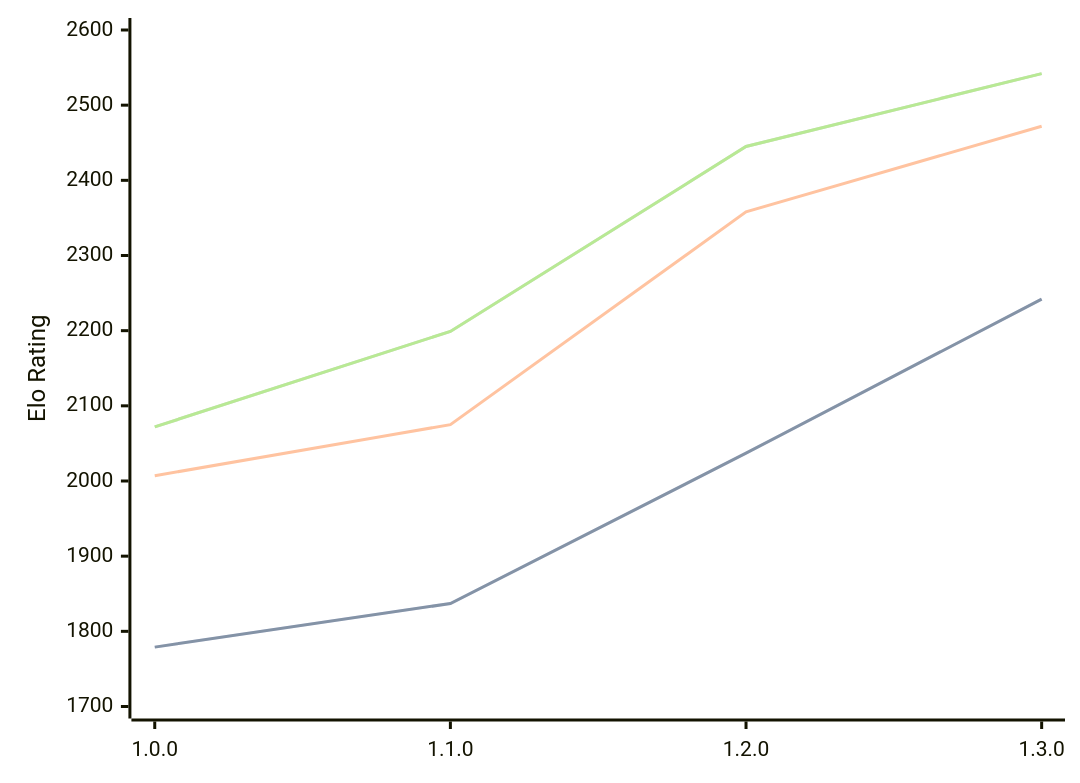
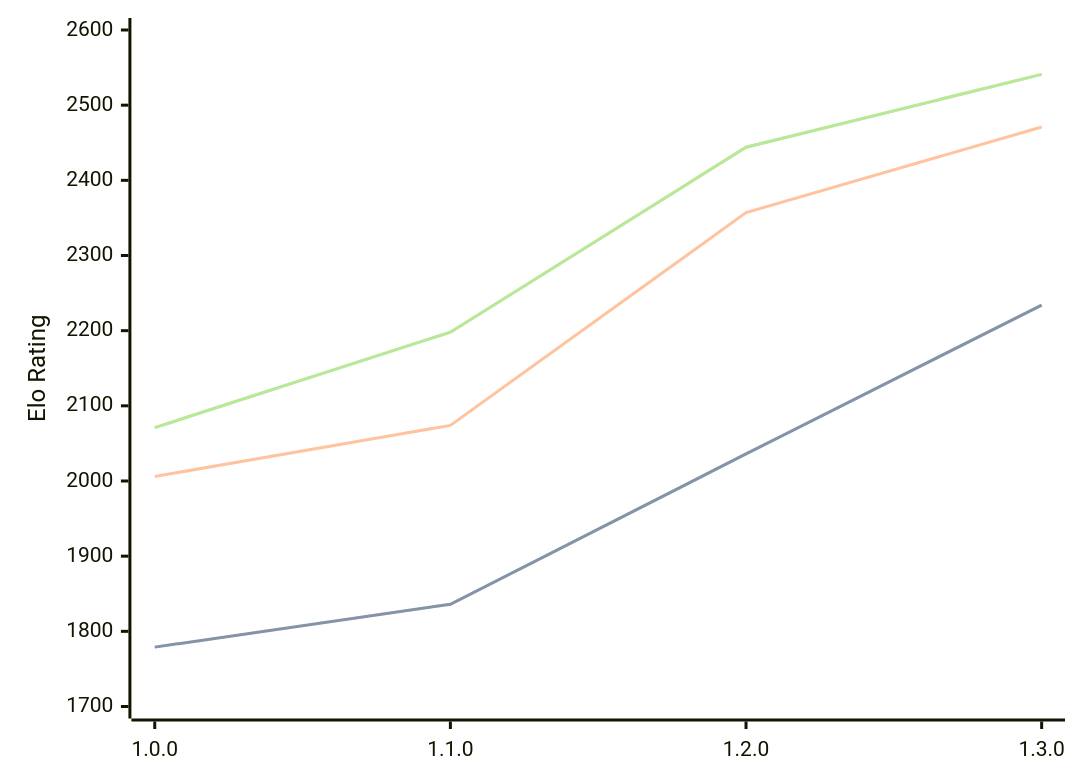
The diagram in engines/Anodos.md (computer-chess-index/cci), drawn with Mermaid before and after one commit. The commit also changed other lines of this file, not shown here.

Commit message:
Update CCI Ratings (ELO VLTC) - 2026-03-07

````diff
--- a/engines/Anodos.md
+++ b/engines/Anodos.md
@@ -43,11 +43,11 @@
 ```mermaid
 %%{init: {"theme":"base","themeVariables":{"seriesColors:['#a3a3a3','#222221','#faa371']}}}%%
 xychart-beta
   x-axis ["1.0.0", "1.1.0", "1.2.0", "1.3.0"]
   y-axis "Elo Rating" 1700 --> 2600
-  line "STC (8.0+0.08s)" [1779, 1837, 2037, 2242]
-  line "STC (8.0+0.08s)" [1779, 1837, 2037, 2242]
-  line "LTC (60.0+0.60s)" [2007, 2075, 2358, 2472]
-  line "VLTC (2m24s+1.12s)" [2072, 2199, 2445, 2542]
-  line "VLTC (2m24s+1.12s)" [2072, 2199, 2445, 2542]
+  line "STC (8.0+0.08s)" [1779, 1836, 2036, 2234]
+  line "STC (8.0+0.08s)" [1779, 1836, 2036, 2234]
+  line "LTC (60.0+0.60s)" [2006, 2074, 2357, 2471]
+  line "VLTC (2m24s+1.12s)" [2071, 2198, 2444, 2541]
+  line "VLTC (2m24s+1.12s)" [2071, 2198, 2444, 2541]
 ```
````
